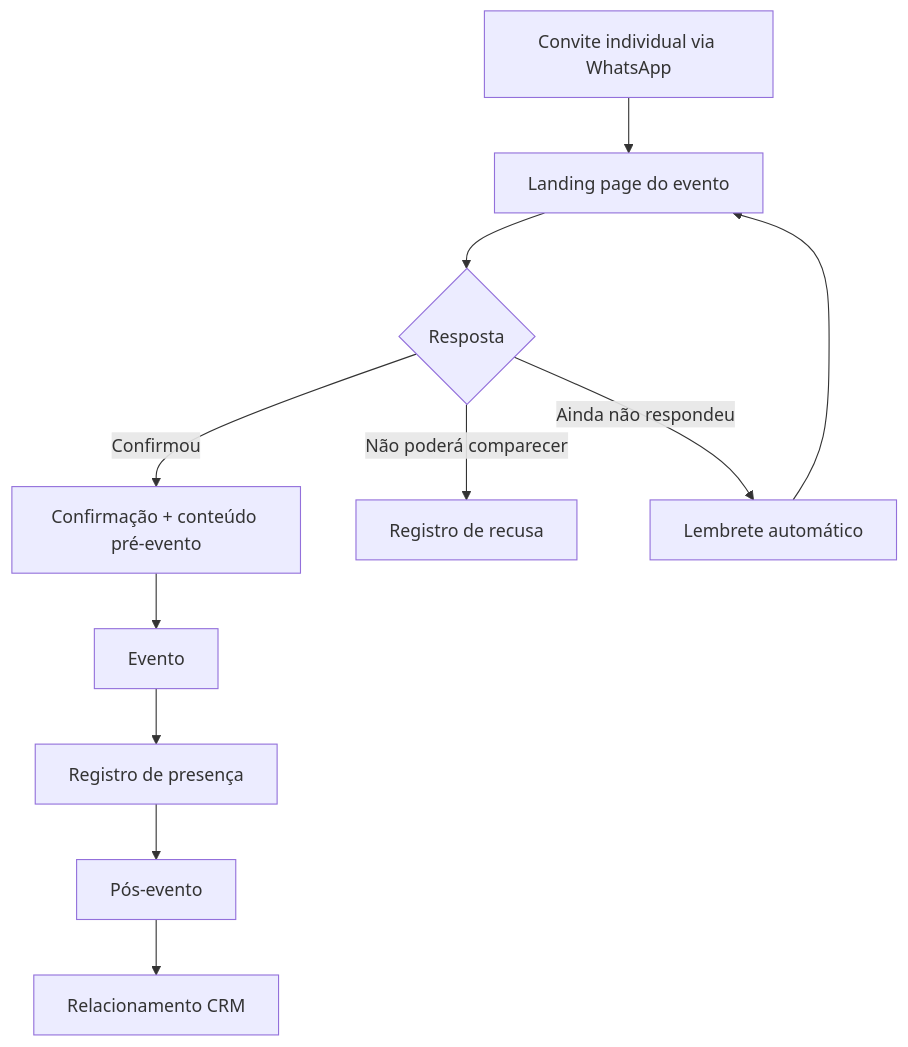
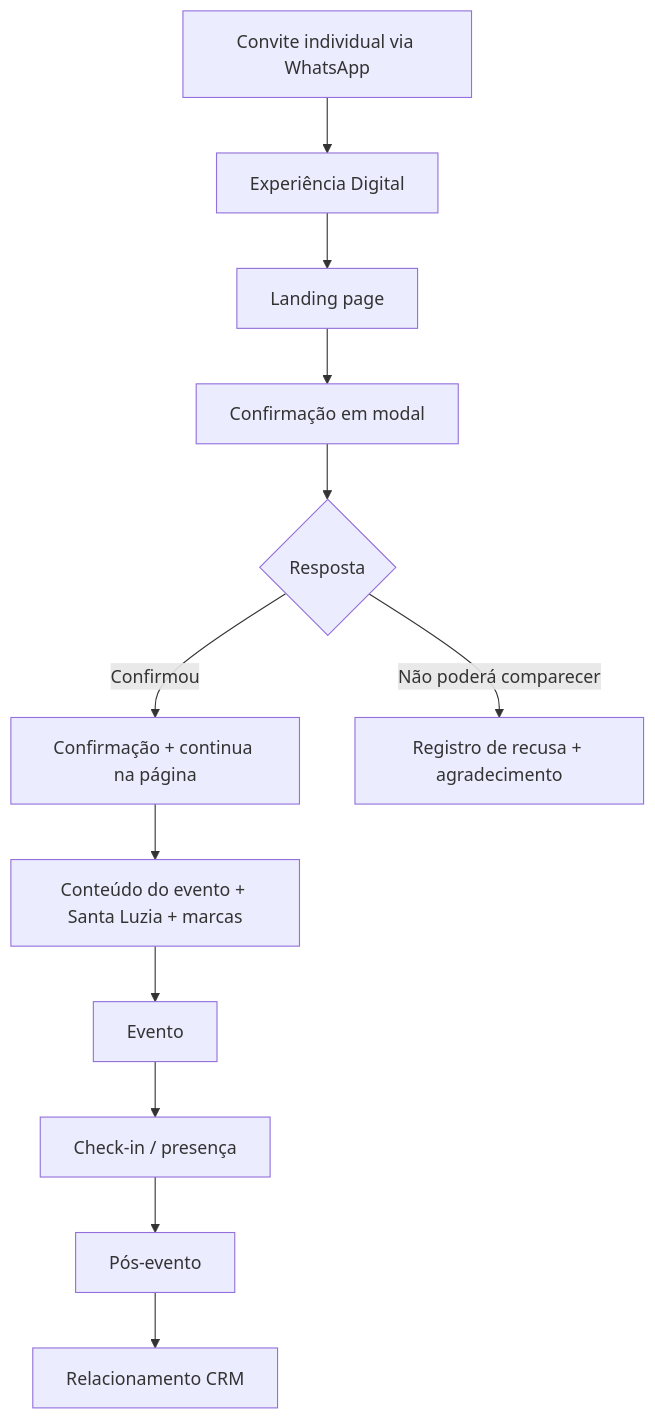
The diagram in eventos/dia-nutricionista-2026/02-jornada-e-experiencia.md (7psdigitaltech-eng/processos-sl), drawn with Mermaid before and after one commit. The commit also changed other lines of this file, not shown here.

Commit message:
docs: ajusta jornada ao link geral e confirmacao em modal

````diff
--- a/eventos/dia-nutricionista-2026/02-jornada-e-experiencia.md
+++ b/eventos/dia-nutricionista-2026/02-jornada-e-experiencia.md
@@ -7,13 +7,14 @@
 ```mermaid
 flowchart TD
-    A[Convite individual via WhatsApp] --> B[Landing page do evento]
-    B --> C{Resposta}
-    C -->|Confirmou| D[Confirmação + conteúdo pré-evento]
-    C -->|Não poderá comparecer| E[Registro de recusa]
-    C -->|Ainda não respondeu| F[Lembrete automático]
-    F --> B
-    D --> G[Evento]
-    G --> H[Registro de presença]
-    H --> I[Pós-evento]
-    I --> J[Relacionamento CRM]
+    A[Convite individual via WhatsApp] --> B[Experiência Digital]
+    B --> C[Landing page]
+    C --> D[Confirmação em modal]
+    D --> E{Resposta}
+    E -->|Confirmou| F[Confirmação + continua na página]
+    E -->|Não poderá comparecer| G[Registro de recusa + agradecimento]
+    F --> H[Conteúdo do evento + Santa Luzia + marcas]
+    H --> I[Evento]
+    I --> J[Check-in / presença]
+    J --> K[Pós-evento]
+    K --> L[Relacionamento CRM]
 ```
````
